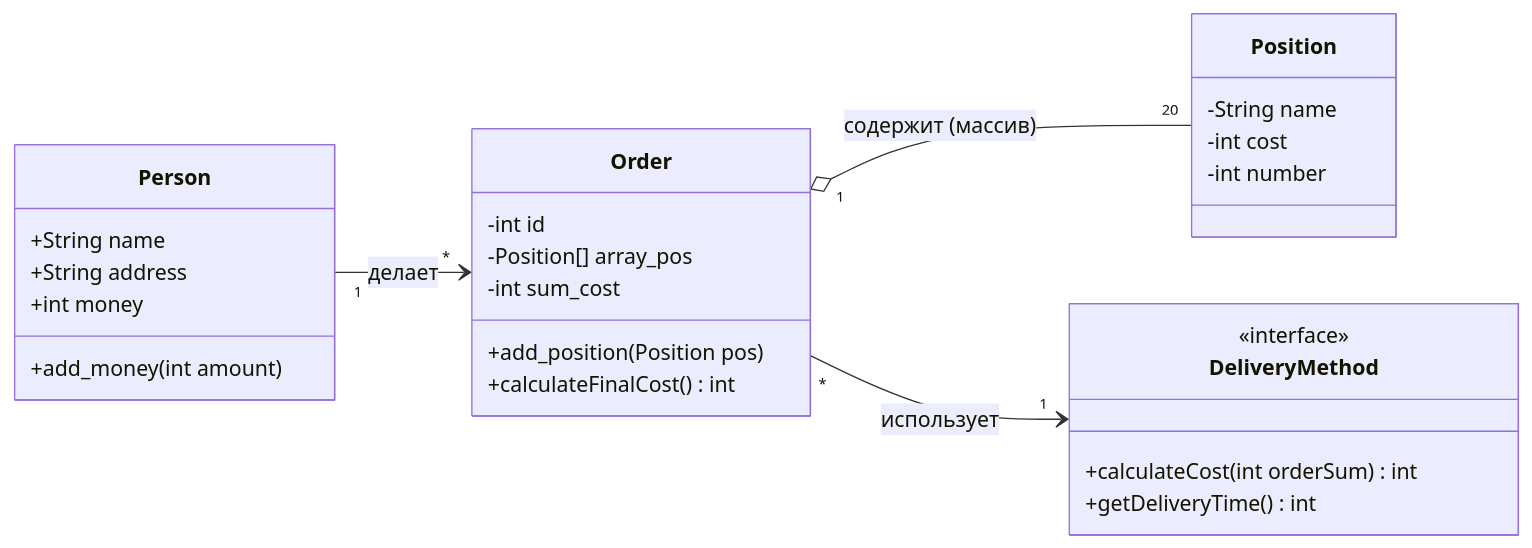
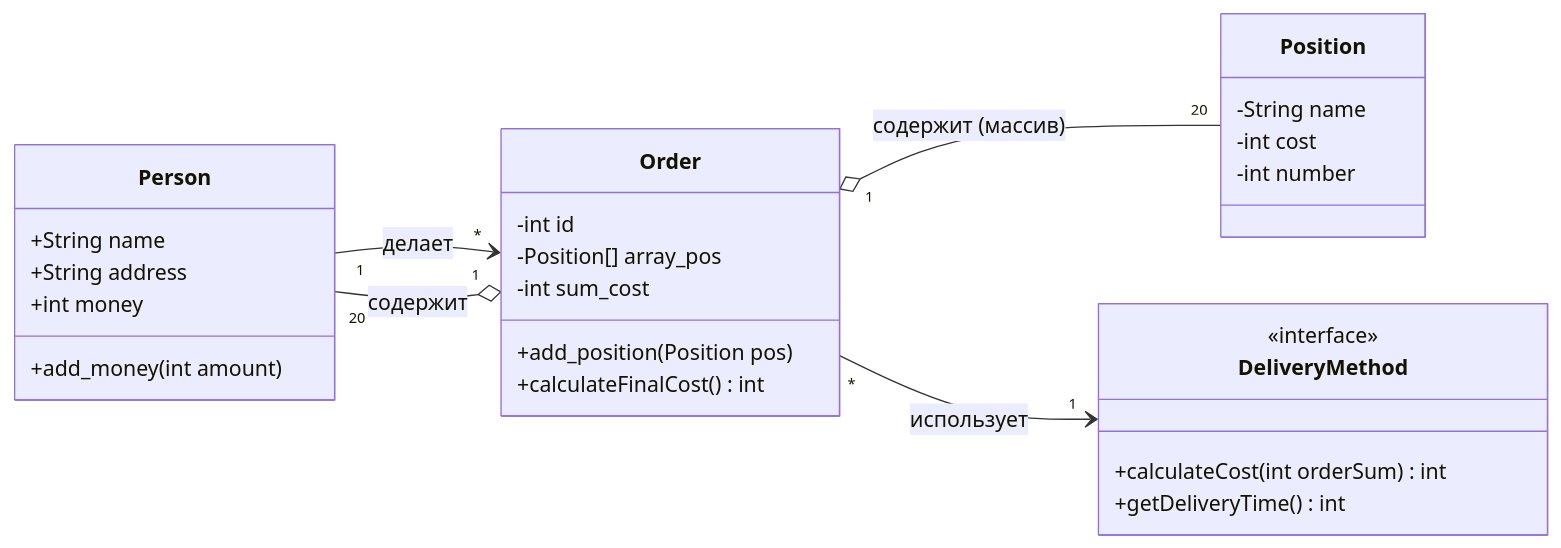
Before and after one commit to kirillkushaev2007-boop/Labaratory1: the diagram in README.md, drawn with Mermaid.

````diff
--- a/README.md
+++ b/README.md
@@ -1,31 +1,32 @@
 ```mermaid
 classDiagram
     direction LR
     class Person {
         +String name
         +String address
         +int money
         +add_money(int amount)
     }
     class Order {
         -int id
         -Position[] array_pos
         -int sum_cost
         +add_position(Position pos)
         +calculateFinalCost() int
     }
     class Position {
         -String name
         -int cost
         -int number
     }
     class DeliveryMethod {
         <<interface>>
         +calculateCost(int orderSum) int
         +getDeliveryTime() int
     }
 
     Person "1" --> "*" Order : делает
     Order "1" o-- "20" Position : содержит (массив)
     Order "*" --> "1" DeliveryMethod : использует
+    Order "1" o-- "20" Person : содержит
 ```
````
